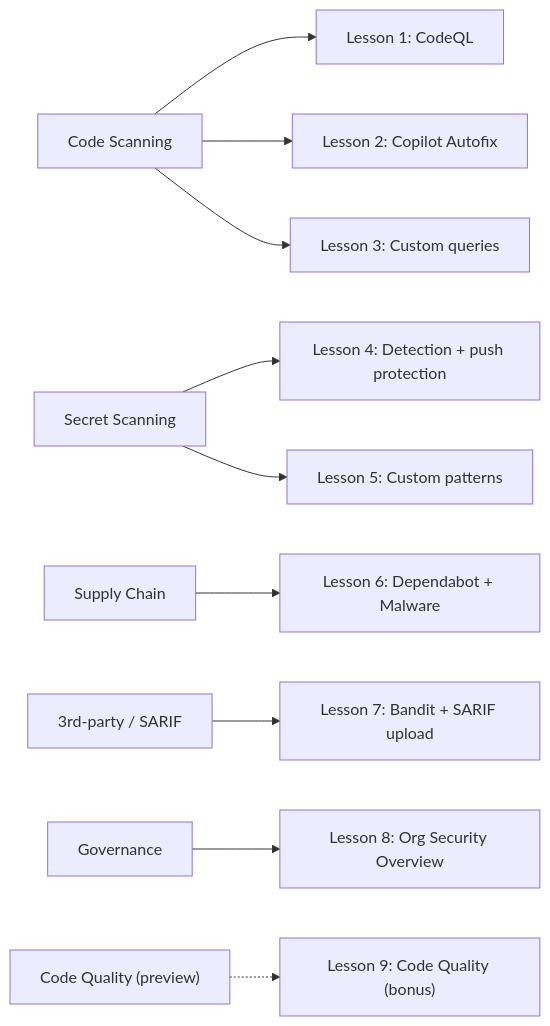
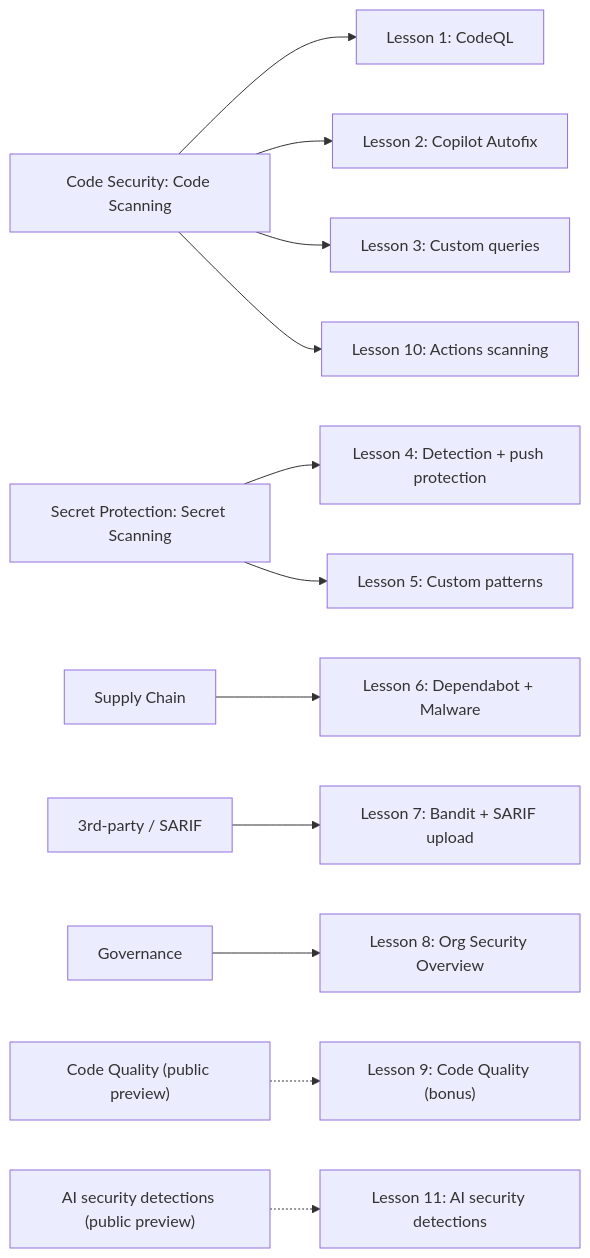
The diagram in README.md (tkl-enteprises/ghas-demos), drawn with Mermaid before and after one commit. The commit also changed other lines of this file and 27 other files, not shown here.

````diff
--- a/README.md
+++ b/README.md
@@ -66,12 +66,14 @@
 ```mermaid
 flowchart LR
-  P1["Code Scanning"]      --> L1["Lesson 1: CodeQL"]
+  P1["Code Security: Code Scanning"] --> L1["Lesson 1: CodeQL"]
   P1                       --> L2["Lesson 2: Copilot Autofix"]
   P1                       --> L3["Lesson 3: Custom queries"]
-  P2["Secret Scanning"]    --> L4["Lesson 4: Detection + push protection"]
+  P1                       --> L10["Lesson 10: Actions scanning"]
+  P2["Secret Protection: Secret Scanning"] --> L4["Lesson 4: Detection + push protection"]
   P2                       --> L5["Lesson 5: Custom patterns"]
   P3["Supply Chain"]       --> L6["Lesson 6: Dependabot + Malware"]
   P4["3rd-party / SARIF"]  --> L7["Lesson 7: Bandit + SARIF upload"]
   P5["Governance"]         --> L8["Lesson 8: Org Security Overview"]
-  P6["Code Quality (preview)"] -.-> L9["Lesson 9: Code Quality (bonus)"]
+  P6["Code Quality (public preview)"] -.-> L9["Lesson 9: Code Quality (bonus)"]
+  P7["AI security detections (public preview)"] -.-> L11["Lesson 11: AI security detections"]
 ```
````
